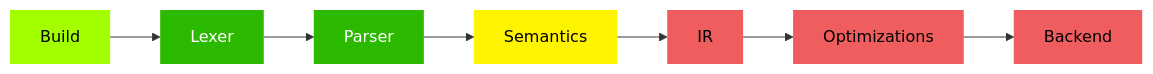
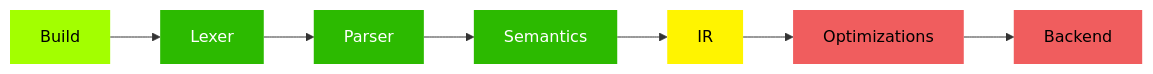
The diagram in README.md (renatopp/golden-lang), drawn with Mermaid before and after one commit. The commit also changed other lines of this file, not shown here.

````diff
--- a/README.md
+++ b/README.md
@@ -26,22 +26,22 @@
 ```mermaid
 flowchart LR
 
 classDef notstarted fill:#F05D5E,color:black,stroke-width:0
 classDef temporary fill:#ffa700,color:black,stroke-width:0
 classDef experiment fill:#fff400,color:black,stroke-width:0
 classDef partial fill:#a3ff00,color:black,stroke-width:0
 classDef stable fill:#2cba00,color:white,stroke-width:0
 
 build[Build]:::partial
 lexer[Lexer]:::stable
 parser[Parser]:::stable
-semantic[Semantics]:::experiment
-ir[IR]:::notstarted
+semantic[Semantics]:::stable
+ir[IR]:::experiment
 opt[Optimizations]:::notstarted
 backend[Backend]:::notstarted
 
 build --> lexer
 lexer --> parser
 parser --> semantic
 semantic --> ir --> opt --> backend
 ```
````
